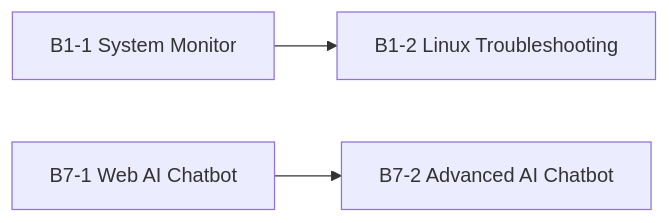
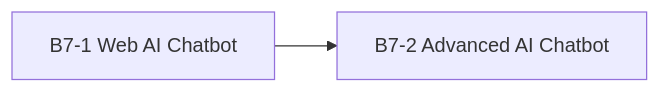
The first of 3 diagrams in training/round-01-clear/MISSION-DEPENDENCY-MAP.md (MetaStudy999/codyssey-basic), drawn with Mermaid before and after one commit. The commit also changed other lines of this file, not shown here.

````diff
--- a/training/round-01-clear/MISSION-DEPENDENCY-MAP.md
+++ b/training/round-01-clear/MISSION-DEPENDENCY-MAP.md
@@ -11,5 +19,4 @@
 ```mermaid
 flowchart LR
-    B11[B1-1 System Monitor] --> B12[B1-2 Linux Troubleshooting]
     B71[B7-1 Web AI Chatbot] --> B72[B7-2 Advanced AI Chatbot]
 ```
````
